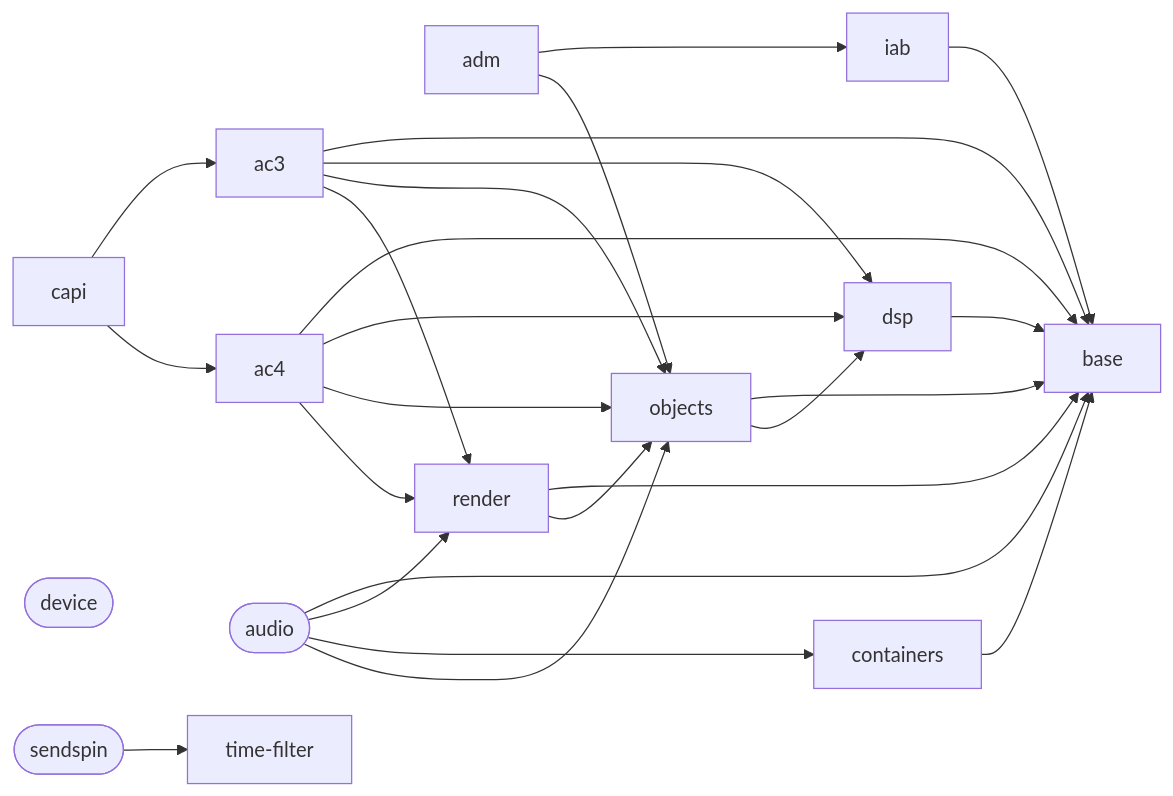
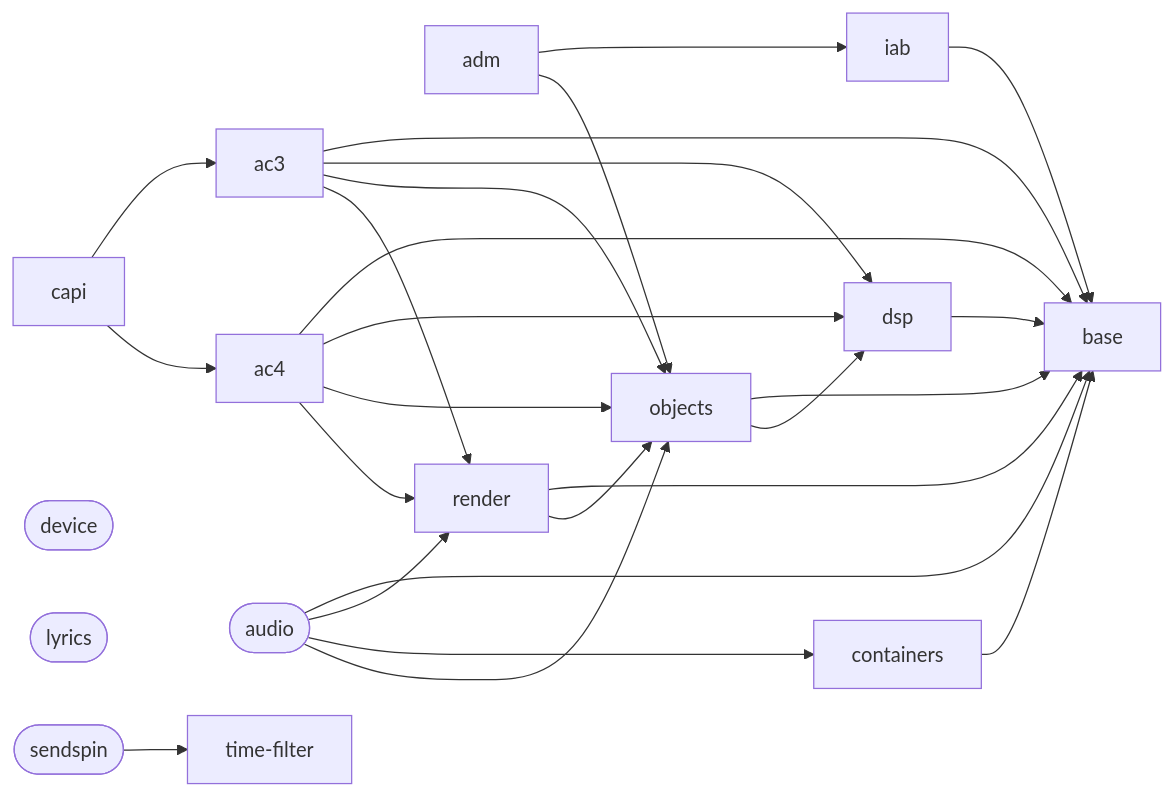
The diagram in docs/projects.md (iainchesworthlabs/iclforge), drawn with Mermaid before and after one commit. The commit also changed other lines of this file and 19 other files, not shown here.

````diff
--- a/docs/projects.md
+++ b/docs/projects.md
@@ -98,41 +99,42 @@
 ```mermaid
 flowchart LR
     ac3["ac3"]
     ac4["ac4"]
     adm["adm"]
     audio(["audio"])
     base["base"]
     capi["capi"]
     containers["containers"]
     device(["device"])
     dsp["dsp"]
     iab["iab"]
+    lyrics(["lyrics"])
     objects["objects"]
     render["render"]
     sendspin(["sendspin"])
     time_filter["time-filter"]
     ac3 --> base
     ac3 --> dsp
     ac3 --> objects
     ac3 --> render
     ac4 --> base
     ac4 --> dsp
     ac4 --> objects
     ac4 --> render
     adm --> iab
     adm --> objects
     audio --> base
     audio --> render
     audio --> containers
     audio --> objects
     capi --> ac3
     capi --> ac4
     containers --> base
     dsp --> base
     iab --> base
     objects --> base
     objects --> dsp
     render --> base
     render --> objects
     sendspin --> time_filter
 ```
````
